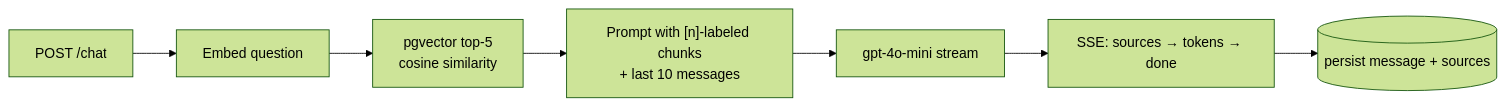
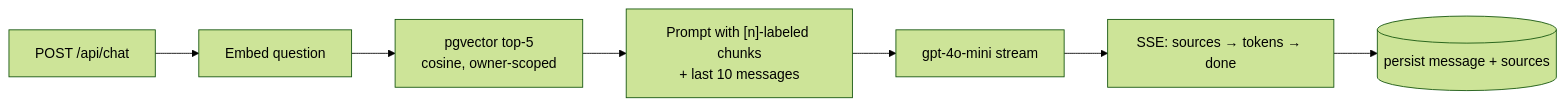
The second of 3 diagrams in README.md (AsgarovAsgar/rag-chat-app), drawn with Mermaid (forest theme) before and after one commit. The commit also changed other lines of this file, not shown here.

````diff
--- a/README.md
+++ b/README.md
@@ -44,9 +49,9 @@
 ```mermaid
 flowchart LR
-    Q[POST /chat] --> E[Embed question]
-    E --> R[pgvector top-5<br/>cosine similarity]
+    Q[POST /api/chat] --> E[Embed question]
+    E --> R[pgvector top-5<br/>cosine, owner-scoped]
     R --> P["Prompt with [n]-labeled chunks<br/>+ last 10 messages"]
     P --> S[gpt-4o-mini stream]
     S --> SSE[SSE: sources → tokens → done]
     SSE --> DB[(persist message + sources)]
 ```
````
